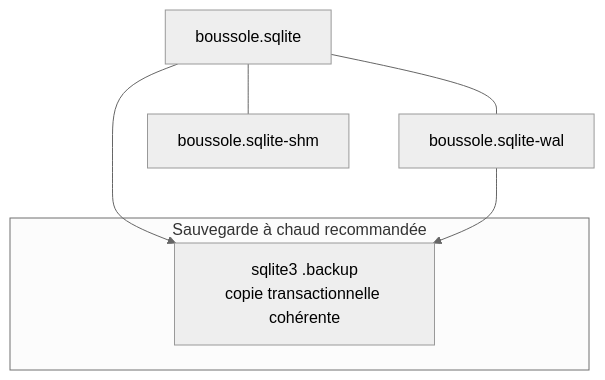
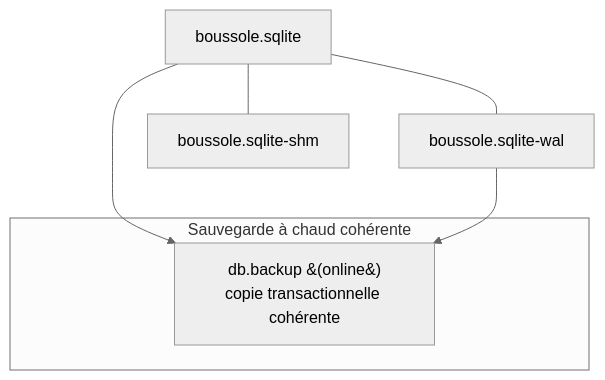
Before and after one commit to melafrit/FAD130_accompagnement_pro: the third of 8 diagrams in app/api/src/wiki/content/operations.md, drawn with Mermaid (neutral theme). The commit also changed other lines of this file and 14 other files, not shown here.

````diff
--- a/app/api/src/wiki/content/operations.md
+++ b/app/api/src/wiki/content/operations.md
@@ -177,10 +211,10 @@
 ```mermaid
 flowchart TD
   A[boussole.sqlite] --- B[boussole.sqlite-wal]
   A --- C[boussole.sqlite-shm]
-  subgraph Sauvegarde à chaud recommandée
-    D[sqlite3 .backup<br/>copie transactionnelle cohérente]
+  subgraph Sauvegarde à chaud cohérente
+    D[db.backup &#40;online&#41;<br/>copie transactionnelle cohérente]
   end
   A --> D
   B --> D
 ```
````
